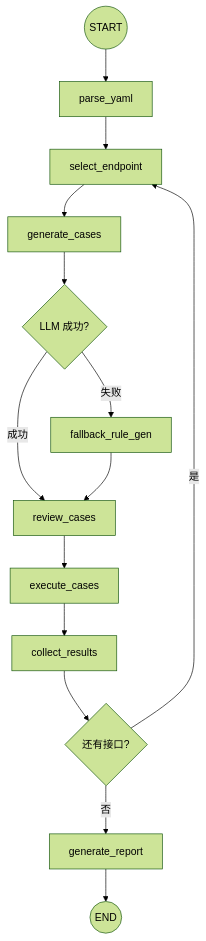
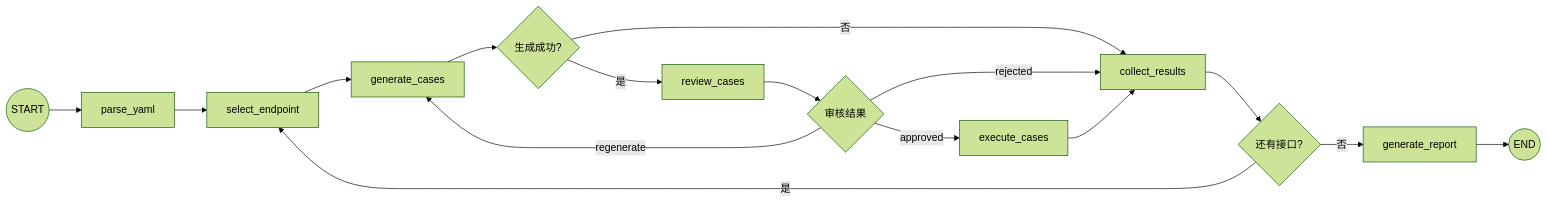
Before and after one commit to yyz127/Apiauto-agent: the diagram in docs/langgraph-design.md, drawn with Mermaid (forest theme). The commit also changed other lines of this file and 15 other files, not shown here.

Commit message:
Add graph codex updates

````diff
--- a/docs/langgraph-design.md
+++ b/docs/langgraph-design.md
@@ -43,16 +25,18 @@
 ```mermaid
-graph TD
+flowchart LR
     START((START)) --> parse_yaml
     parse_yaml --> select_endpoint
     select_endpoint --> generate_cases
-    generate_cases --> check_generation{LLM 成功?}
-    check_generation -->|成功| review_cases
-    check_generation -->|失败| fallback_rule_gen
-    fallback_rule_gen --> review_cases
-    review_cases --> execute_cases
+    generate_cases --> generation_ok{生成成功?}
+    generation_ok -- 是 --> review_cases
+    generation_ok -- 否 --> collect_results
+    review_cases --> review_route{审核结果}
+    review_route -- approved --> execute_cases
+    review_route -- regenerate --> generate_cases
+    review_route -- rejected --> collect_results
     execute_cases --> collect_results
     collect_results --> has_more{还有接口?}
-    has_more -->|是| select_endpoint
-    has_more -->|否| generate_report
+    has_more -- 是 --> select_endpoint
+    has_more -- 否 --> generate_report
     generate_report --> END((END))
 ```
````
